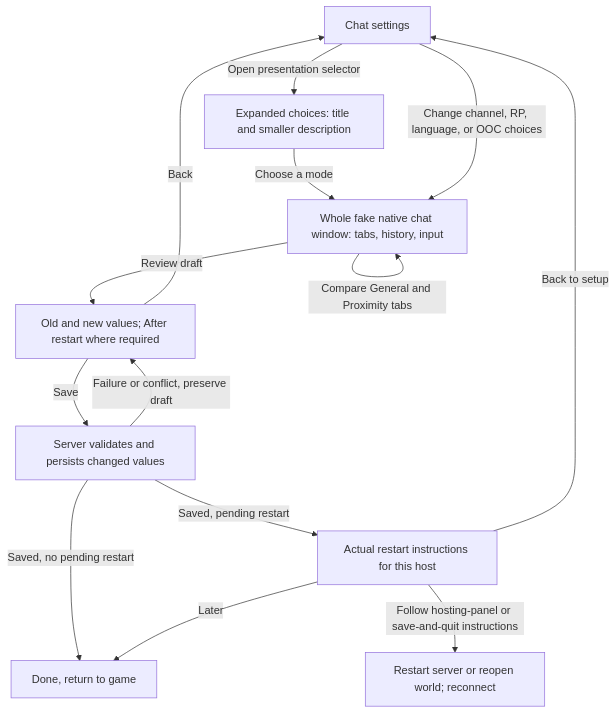
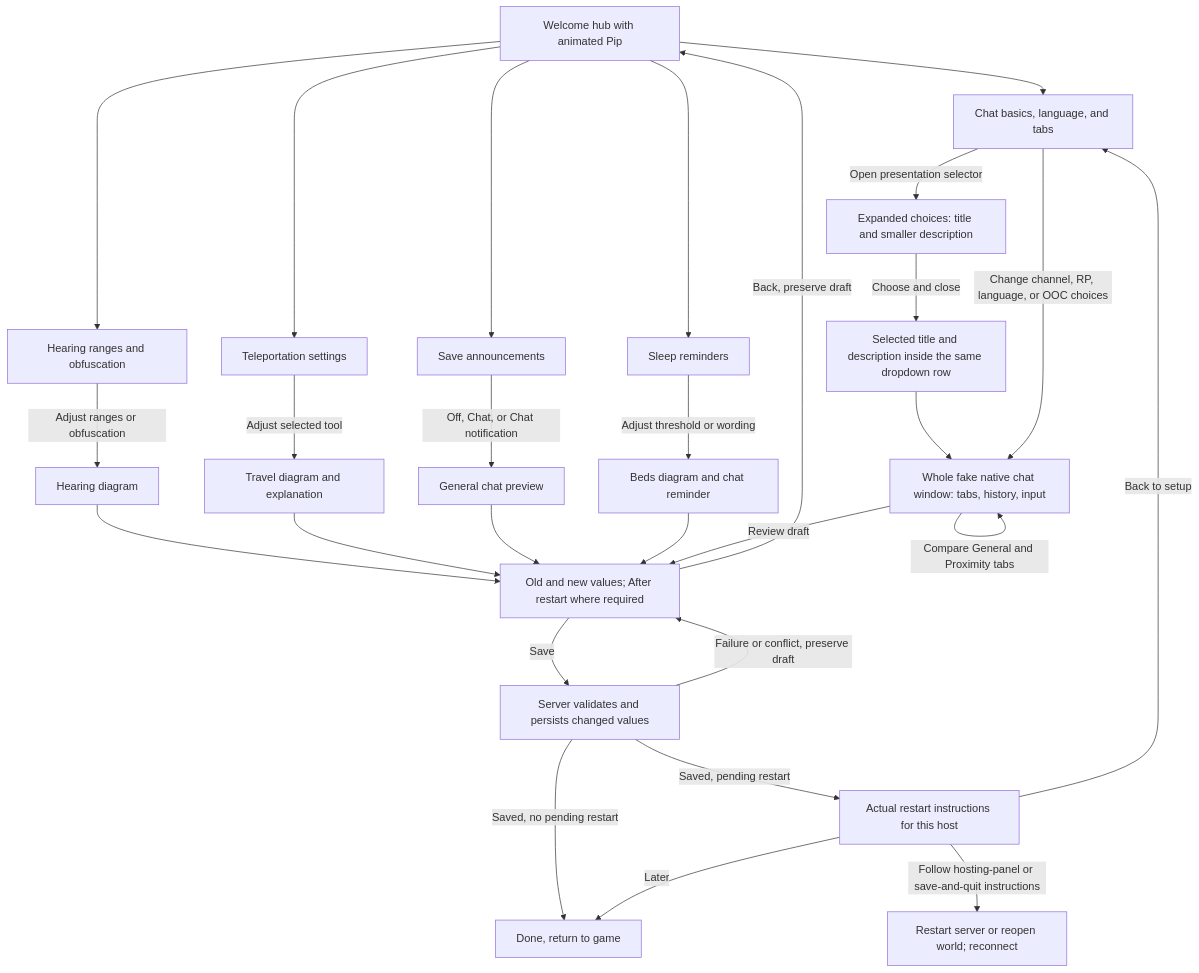
Before and after one commit to BASIC-BIT/Vintage-Story-Mods: the second of 2 diagrams in docs/superpowers/specs/2026-10-01-visual-config-wizard-design.md, drawn with Mermaid. The commit also changed other lines of this file and 8 other files, not shown here.

Commit message:
Match wizard previews to settings and describe selected chat mode

````diff
--- a/docs/superpowers/specs/2026-10-01-visual-config-wizard-design.md
+++ b/docs/superpowers/specs/2026-10-01-visual-config-wizard-design.md
@@ -62,16 +64,30 @@
 ```mermaid
 flowchart TD
-    C["Chat settings"] -->|Open presentation selector| P["Expanded choices: title and smaller description"]
-    P -->|Choose a mode| W["Whole fake native chat window: tabs, history, input"]
+    H["Welcome hub with animated Pip"] --> C["Chat basics, language, and tabs"]
+    C -->|Open presentation selector| P["Expanded choices: title and smaller description"]
+    P -->|Choose and close| V["Selected title and description inside the same dropdown row"]
+    V --> W["Whole fake native chat window: tabs, history, input"]
     C -->|Change channel, RP, language, or OOC choices| W
     W -->|Compare General and Proximity tabs| W
+    H --> G["Hearing ranges and obfuscation"]
+    G -->|Adjust ranges or obfuscation| HD["Hearing diagram"]
+    H --> T["Teleportation settings"]
+    T -->|Adjust selected tool| TD["Travel diagram and explanation"]
+    H --> N["Save announcements"]
+    N -->|Off, Chat, or Chat notification| NC["General chat preview"]
+    H --> SL["Sleep reminders"]
+    SL -->|Adjust threshold or wording| SD["Beds diagram and chat reminder"]
+    HD --> R
+    TD --> R
+    NC --> R
+    SD --> R
     W -->|Review draft| R["Old and new values; After restart where required"]
-    R -->|Back| C
+    R -->|Back, preserve draft| H
     R -->|Save| S["Server validates and persists changed values"]
     S -->|Failure or conflict, preserve draft| R
     S -->|Saved, no pending restart| D["Done, return to game"]
     S -->|Saved, pending restart| I["Actual restart instructions for this host"]
     I -->|Later| D
     I -->|Back to setup| C
     I -->|Follow hosting-panel or save-and-quit instructions| A["Restart server or reopen world; reconnect"]
 ```
````
